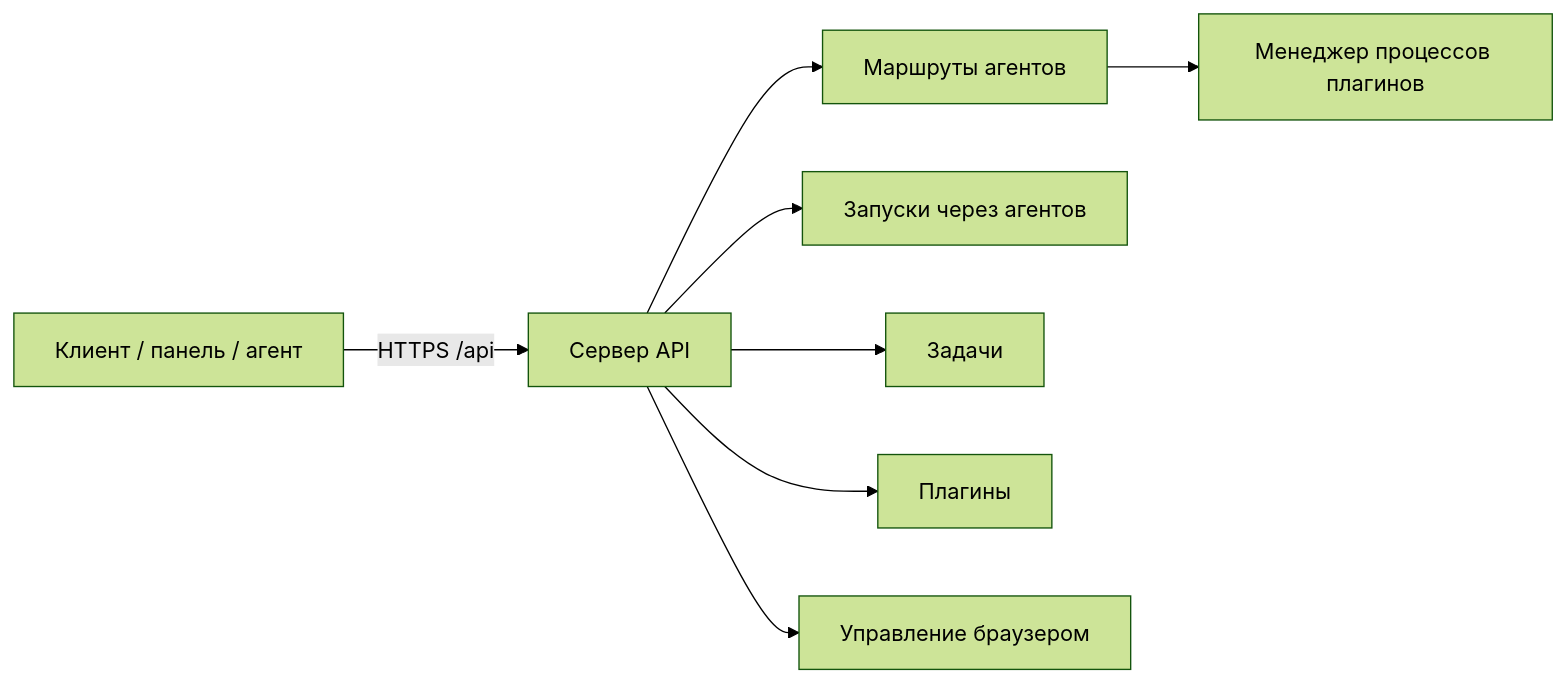
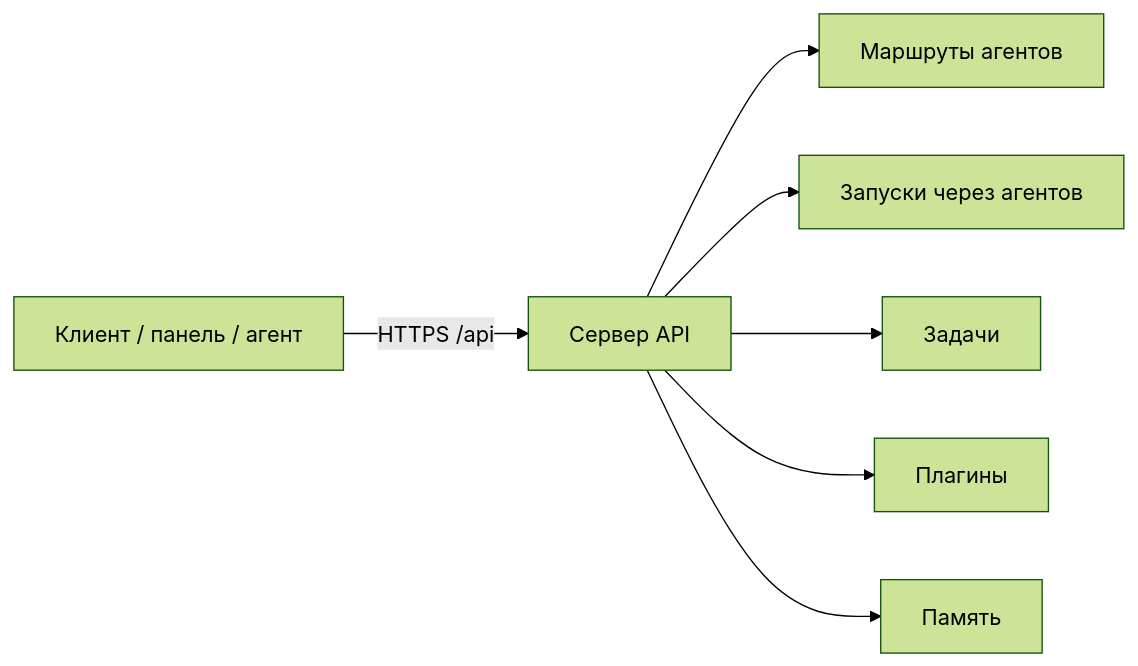
Before and after one commit to Dmitriion/datagent-docs: the diagram in docs/api-reference/overview.md, drawn with Mermaid (forest theme). The commit also changed other lines of this file and 7 other files, not shown here.

````diff
--- a/docs/api-reference/overview.md
+++ b/docs/api-reference/overview.md
@@ -52,10 +65,9 @@
 ```mermaid
 flowchart LR
   Client[Клиент / панель / агент] -->|HTTPS /api| Express[Сервер API]
   Express --> Agents[Маршруты агентов]
   Express --> HB[Запуски через агентов]
   Express --> Issues[Задачи]
   Express --> Plugins[Плагины]
-  Express --> BB[Управление браузером]
-  Agents --> PWM[Менеджер процессов плагинов]
+  Express --> Memory[Память]
 ```
````
